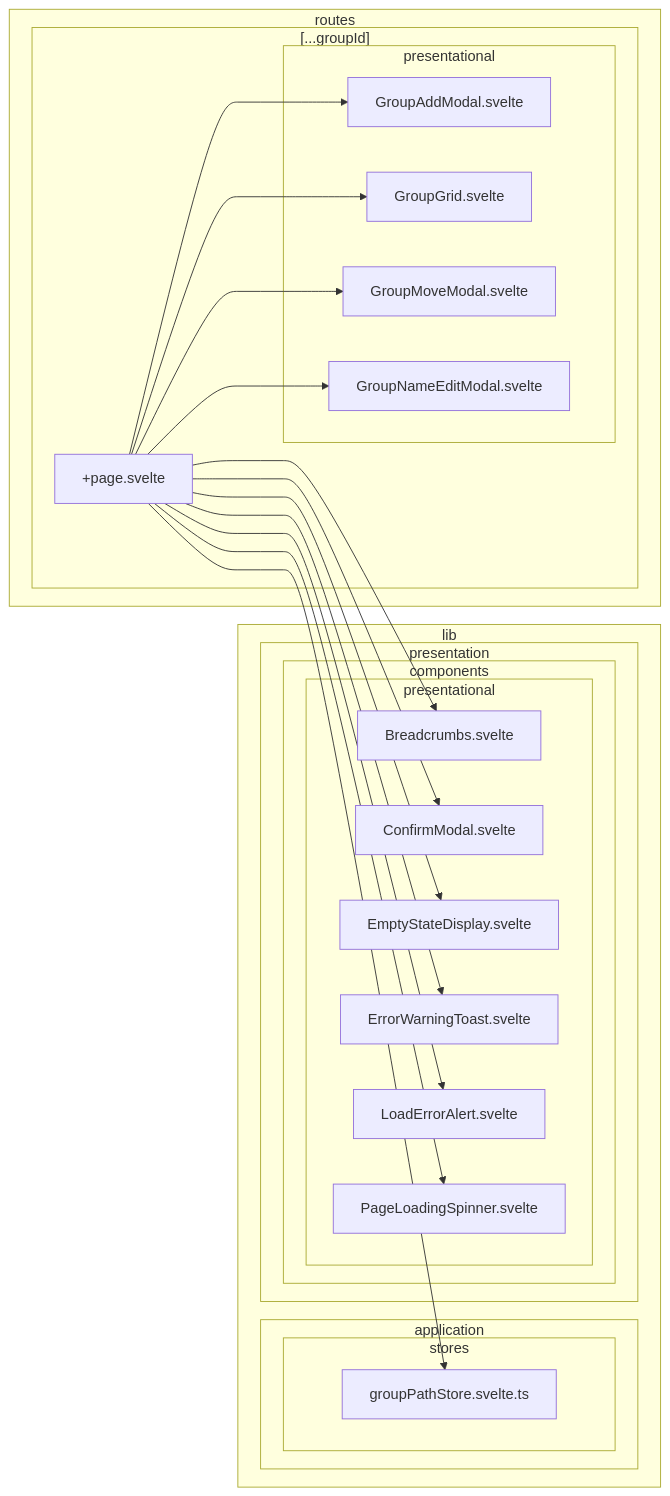
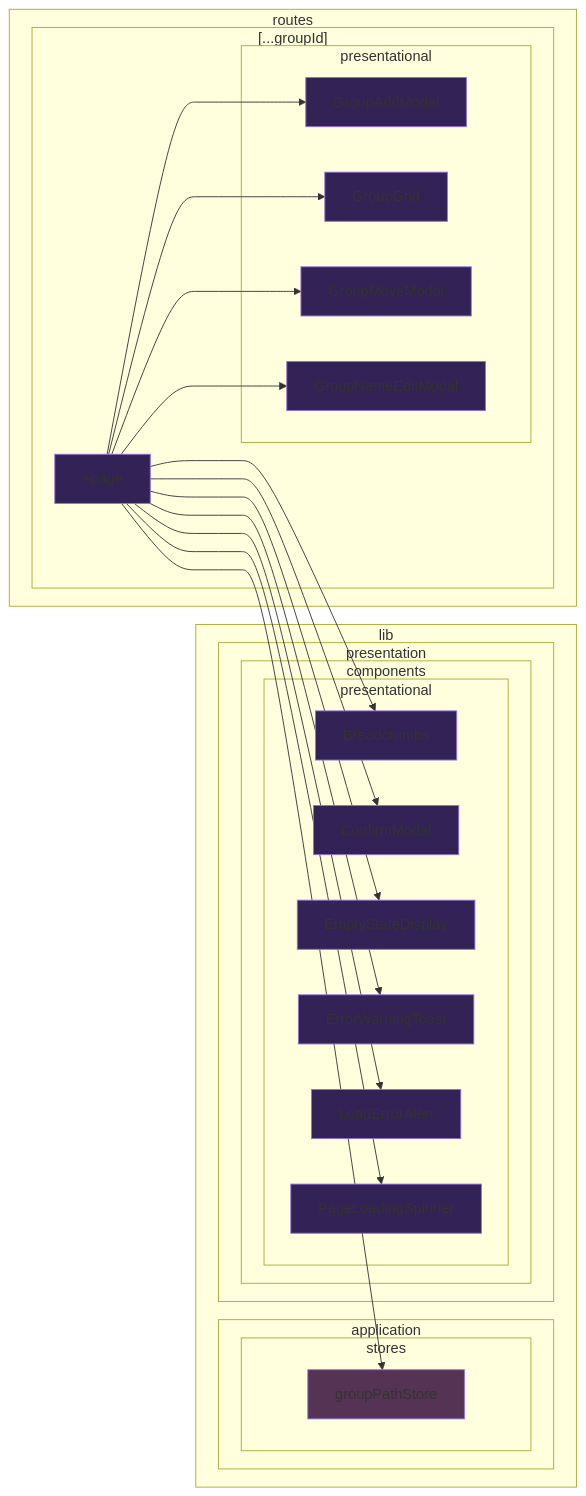
The second of 39 diagrams in doc/dependency-graph.md (k5n/kotonoha), drawn with Mermaid before and after one commit. The commit also changed other lines of this file, not shown here.

````diff
--- a/doc/dependency-graph.md
+++ b/doc/dependency-graph.md
@@ -11,44 +26,59 @@
 ```mermaid
 graph LR
+    classDef cssSvelteComponent fill:#325;
+    classDef cssSvelteScript fill:#535;
+    classDef cssTypeScript fill:#352;
         subgraph sg_lib ["lib"]
             subgraph sg_lib_application ["application"]
                 subgraph sg_lib_application_stores ["stores"]
-                    src_lib_application_stores_groupPathStore_svelte_ts["groupPathStore.svelte.ts"]
+                    src_lib_application_stores_groupPathStore_svelte_ts["groupPathStore"]
                 end
             end
             subgraph sg_lib_presentation ["presentation"]
                 subgraph sg_lib_presentation_components ["components"]
                     subgraph sg_lib_presentation_components_presentational ["presentational"]
-                        src_lib_presentation_components_presentational_Breadcrumbs_svelte["Breadcrumbs.svelte"]
-                        src_lib_presentation_components_presentational_ConfirmModal_svelte["ConfirmModal.svelte"]
-                        src_lib_presentation_components_presentational_EmptyStateDisplay_svelte["EmptyStateDisplay.svelte"]
-                        src_lib_presentation_components_presentational_ErrorWarningToast_svelte["ErrorWarningToast.svelte"]
-                        src_lib_presentation_components_presentational_LoadErrorAlert_svelte["LoadErrorAlert.svelte"]
-                        src_lib_presentation_components_presentational_PageLoadingSpinner_svelte["PageLoadingSpinner.svelte"]
+                        src_lib_presentation_components_presentational_Breadcrumbs_svelte["Breadcrumbs"]
+                        src_lib_presentation_components_presentational_ConfirmModal_svelte["ConfirmModal"]
+                        src_lib_presentation_components_presentational_EmptyStateDisplay_svelte["EmptyStateDisplay"]
+                        src_lib_presentation_components_presentational_ErrorWarningToast_svelte["ErrorWarningToast"]
+                        src_lib_presentation_components_presentational_LoadErrorAlert_svelte["LoadErrorAlert"]
+                        src_lib_presentation_components_presentational_PageLoadingSpinner_svelte["PageLoadingSpinner"]
                     end
                 end
             end
         end
         subgraph sg_routes ["routes"]
             subgraph sg_routes_____groupId_ ["[...groupId]"]
-                src_routes_____groupId___page_svelte["+page.svelte"]
+                src_routes_____groupId___page_svelte["+page"]
                 subgraph sg_routes_____groupId__presentational ["presentational"]
-                    src_routes_____groupId__presentational_GroupAddModal_svelte["GroupAddModal.svelte"]
-                    src_routes_____groupId__presentational_GroupGrid_svelte["GroupGrid.svelte"]
-                    src_routes_____groupId__presentational_GroupMoveModal_svelte["GroupMoveModal.svelte"]
-                    src_routes_____groupId__presentational_GroupNameEditModal_svelte["GroupNameEditModal.svelte"]
+                    src_routes_____groupId__presentational_GroupAddModal_svelte["GroupAddModal"]
+                    src_routes_____groupId__presentational_GroupGrid_svelte["GroupGrid"]
+                    src_routes_____groupId__presentational_GroupMoveModal_svelte["GroupMoveModal"]
+                    src_routes_____groupId__presentational_GroupNameEditModal_svelte["GroupNameEditModal"]
                 end
             end
         end
     src_routes_____groupId___page_svelte --> src_lib_application_stores_groupPathStore_svelte_ts
     src_routes_____groupId___page_svelte --> src_lib_presentation_components_presentational_Breadcrumbs_svelte
     src_routes_____groupId___page_svelte --> src_lib_presentation_components_presentational_ConfirmModal_svelte
     src_routes_____groupId___page_svelte --> src_lib_presentation_components_presentational_EmptyStateDisplay_svelte
     src_routes_____groupId___page_svelte --> src_lib_presentation_components_presentational_ErrorWarningToast_svelte
     src_routes_____groupId___page_svelte --> src_lib_presentation_components_presentational_LoadErrorAlert_svelte
     src_routes_____groupId___page_svelte --> src_lib_presentation_components_presentational_PageLoadingSpinner_svelte
     src_routes_____groupId___page_svelte --> src_routes_____groupId__presentational_GroupAddModal_svelte
     src_routes_____groupId___page_svelte --> src_routes_____groupId__presentational_GroupGrid_svelte
     src_routes_____groupId___page_svelte --> src_routes_____groupId__presentational_GroupMoveModal_svelte
     src_routes_____groupId___page_svelte --> src_routes_____groupId__presentational_GroupNameEditModal_svelte
+    class src_lib_application_stores_groupPathStore_svelte_ts cssSvelteScript
+    class src_lib_presentation_components_presentational_Breadcrumbs_svelte cssSvelteComponent
+    class src_lib_presentation_components_presentational_ConfirmModal_svelte cssSvelteComponent
+    class src_lib_presentation_components_presentational_EmptyStateDisplay_svelte cssSvelteComponent
+    class src_lib_presentation_components_presentational_ErrorWarningToast_svelte cssSvelteComponent
+    class src_lib_presentation_components_presentational_LoadErrorAlert_svelte cssSvelteComponent
+    class src_lib_presentation_components_presentational_PageLoadingSpinner_svelte cssSvelteComponent
+    class src_routes_____groupId___page_svelte cssSvelteComponent
+    class src_routes_____groupId__presentational_GroupAddModal_svelte cssSvelteComponent
+    class src_routes_____groupId__presentational_GroupGrid_svelte cssSvelteComponent
+    class src_routes_____groupId__presentational_GroupMoveModal_svelte cssSvelteComponent
+    class src_routes_____groupId__presentational_GroupNameEditModal_svelte cssSvelteComponent
 ```
````
